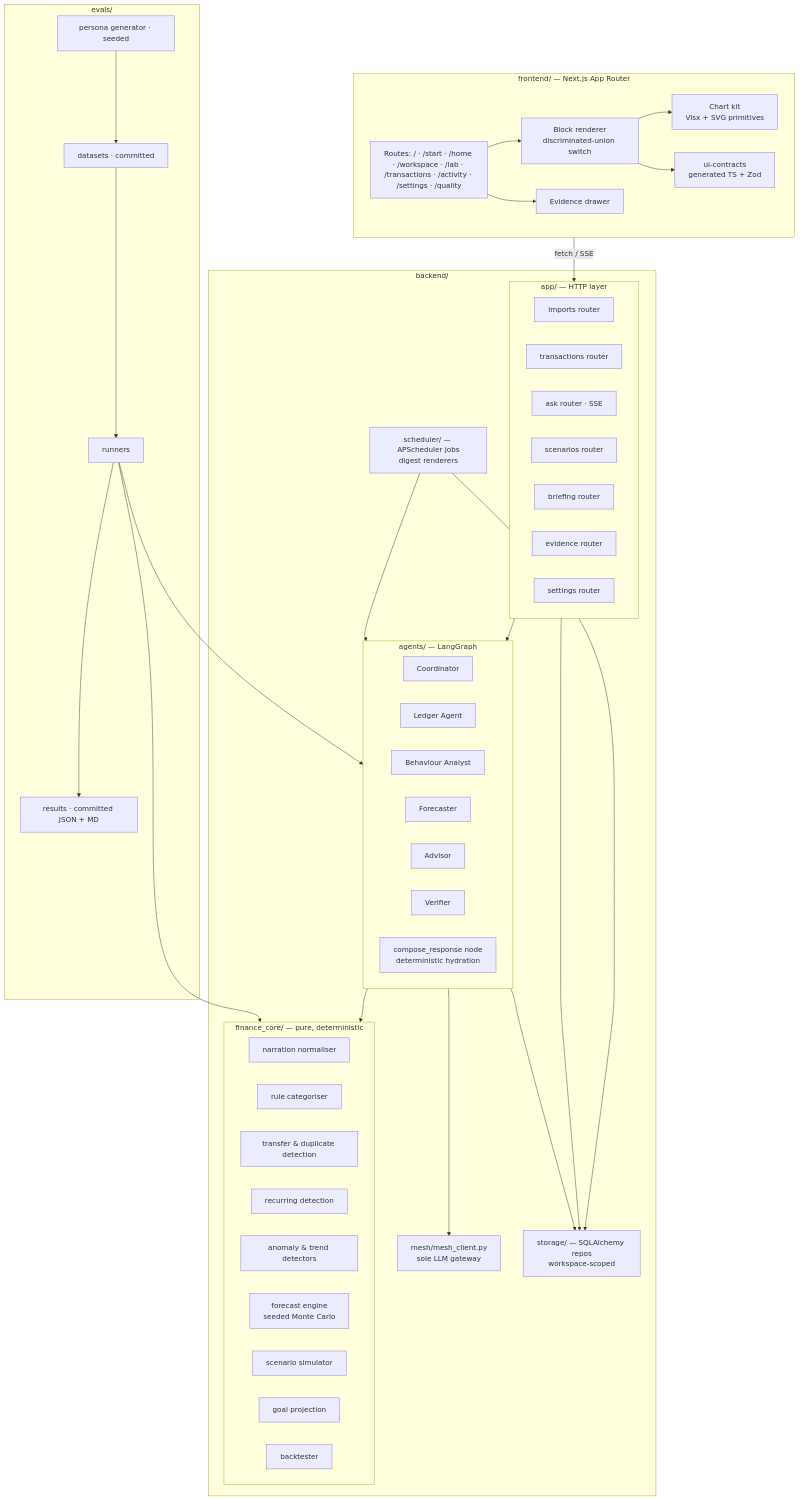
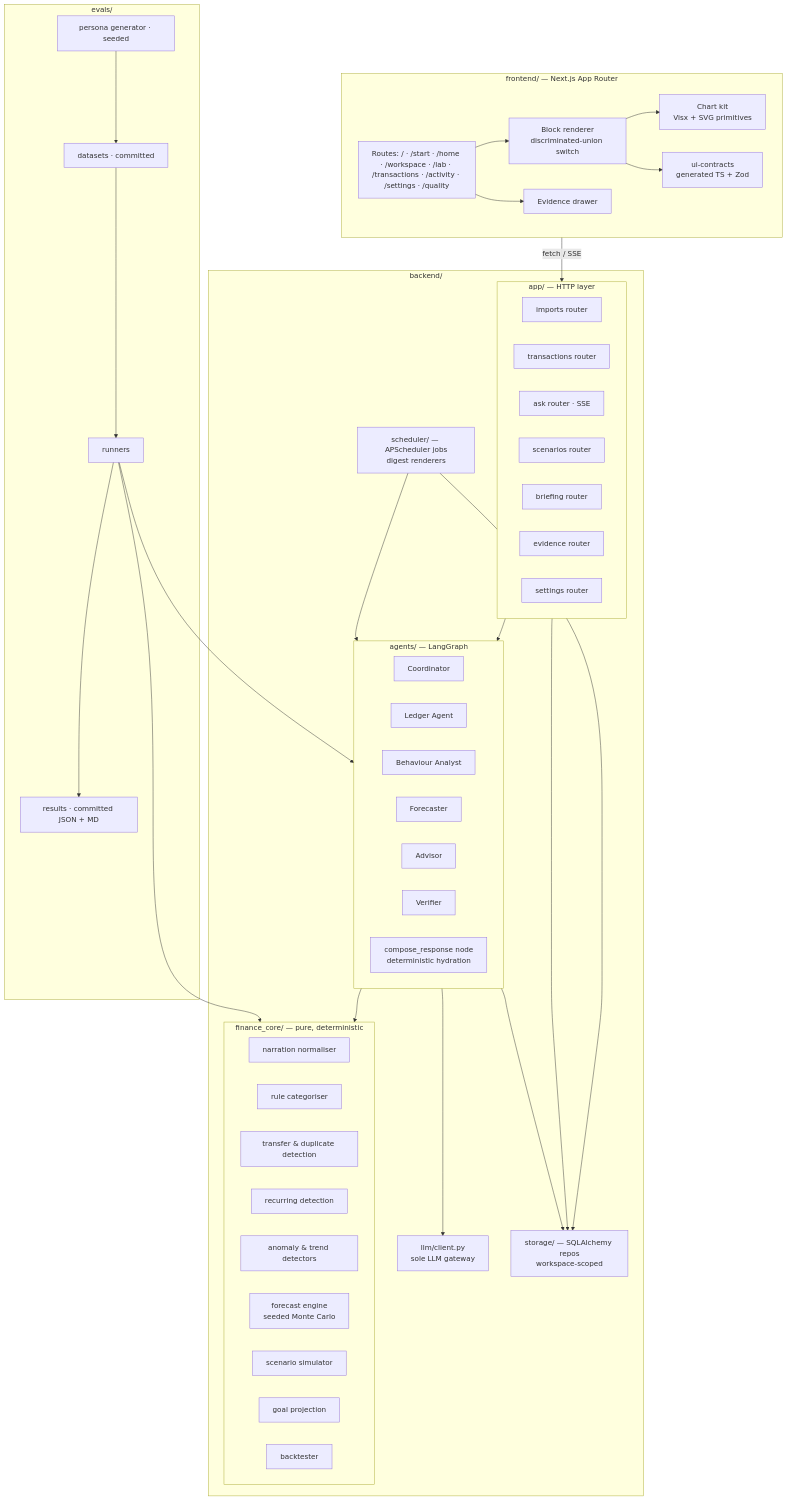
One commit to olaheavy-dev/Foresight changed the second of 8 diagrams in docs/05-SYSTEM-ARCHITECTURE.md. Above: the diagram before and after it, drawn with Mermaid. The commit also changed other lines of this file and 910 other files, not shown here.

````diff
--- a/docs/05-SYSTEM-ARCHITECTURE.md
+++ b/docs/05-SYSTEM-ARCHITECTURE.md
@@ -49,67 +49,67 @@
 ```mermaid
 flowchart TB
     subgraph FE[frontend/ — Next.js App Router]
         PAGES[Routes: / · /start · /home · /workspace · /lab · /transactions · /activity · /settings · /quality]
         RENDER[Block renderer<br/>discriminated-union switch]
         CONTRACTS[ui-contracts<br/>generated TS + Zod]
         CHARTS[Chart kit<br/>Visx + SVG primitives]
         DRAWER[Evidence drawer]
         PAGES --> RENDER --> CHARTS
         RENDER --> CONTRACTS
         PAGES --> DRAWER
     end
 
     subgraph BE[backend/]
         subgraph APP[app/ — HTTP layer]
             R_IMP[imports router]
             R_TXN[transactions router]
             R_ASK[ask router · SSE]
             R_LAB[scenarios router]
             R_BRF[briefing router]
             R_EVD[evidence router]
             R_SET[settings router]
         end
         subgraph AG[agents/ — LangGraph]
             COORD[Coordinator]
             LEDGER[Ledger Agent]
             ANALYST[Behaviour Analyst]
             FORE[Forecaster]
             ADV[Advisor]
             VER[Verifier]
             COMPOSE[compose_response node<br/>deterministic hydration]
         end
         subgraph FC[finance_core/ — pure, deterministic]
             NORM[narration normaliser]
             RULES[rule categoriser]
             XFER[transfer & duplicate detection]
             REC[recurring detection]
             DET[anomaly & trend detectors]
             FCAST[forecast engine<br/>seeded Monte Carlo]
             SIM[scenario simulator]
             GOAL[goal projection]
             BT[backtester]
         end
-        MESHC[mesh/mesh_client.py<br/>sole LLM gateway]
+        LLMC[llm/client.py<br/>sole LLM gateway]
         STORE[storage/ — SQLAlchemy repos<br/>workspace-scoped]
         SCHED[scheduler/ — APScheduler jobs<br/>digest renderers]
     end
 
     subgraph EV[evals/]
         GEN[persona generator · seeded]
         DS[datasets · committed]
         RUN[runners]
         RES[results · committed JSON + MD]
     end
 
     FE -->|fetch / SSE| APP
     APP --> AG
     APP --> STORE
     AG --> FC
-    AG --> MESHC
+    AG --> LLMC
     AG --> STORE
     SCHED --> AG
     SCHED --> STORE
     RUN --> AG
     RUN --> FC
     GEN --> DS --> RUN --> RES
 ```
````
